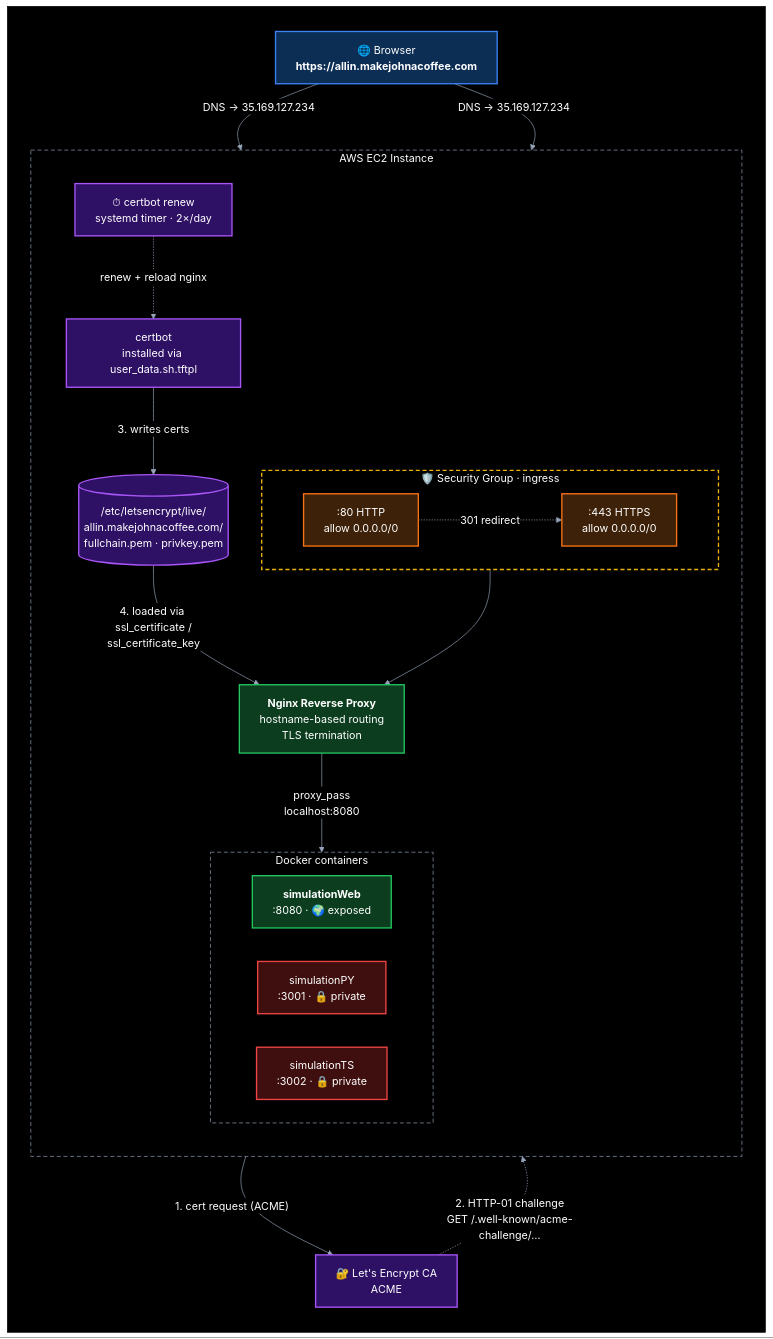
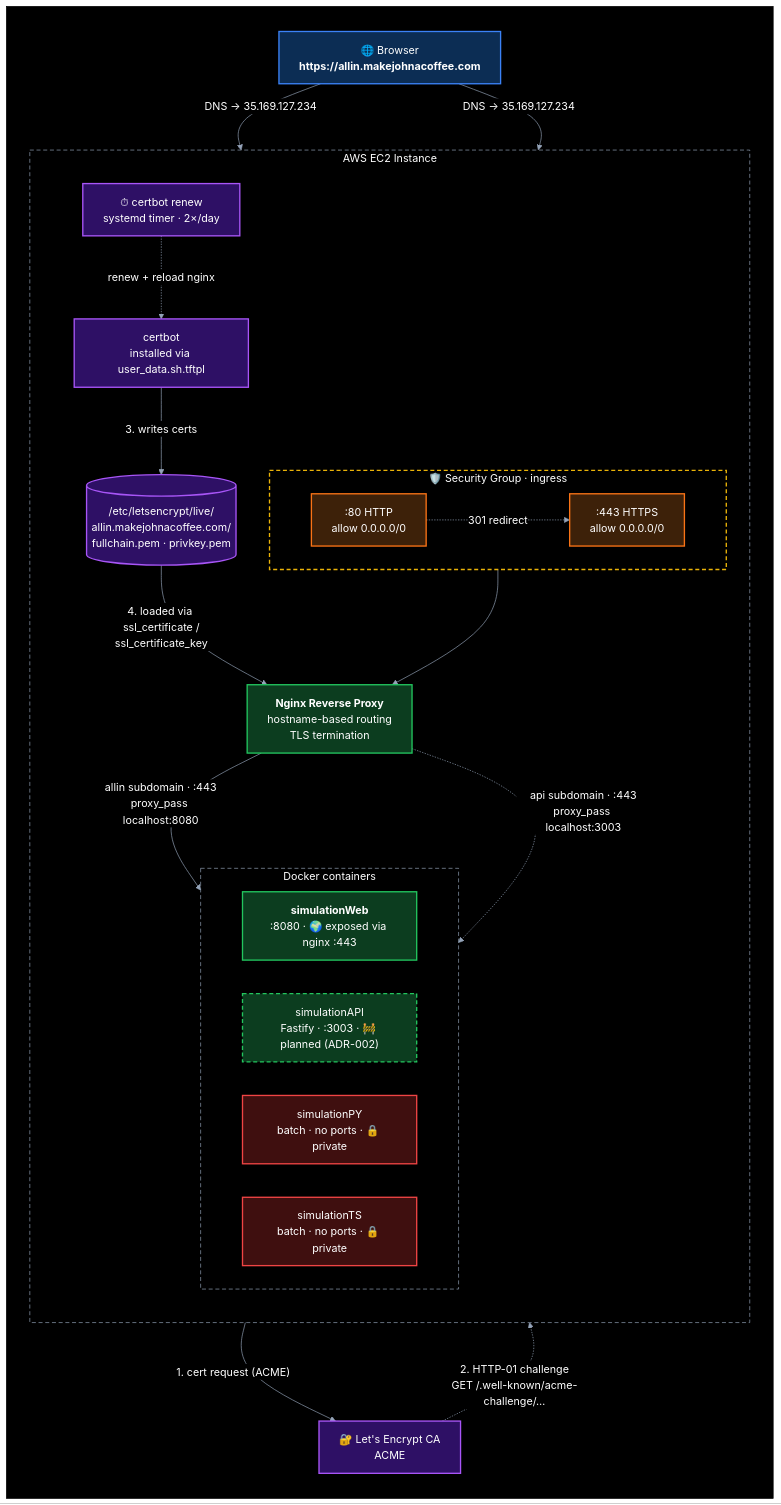
One commit to jbframe/big-equity changed the diagram in README.md. Above: the diagram before and after it, drawn with Mermaid. The commit also changed other lines of this file and 3 other files, not shown here.

````diff
--- a/README.md
+++ b/README.md
@@ -30,62 +32,65 @@
 ```mermaid
 %%{init: {'themeVariables': {'edgeLabelBackground': '#000000'}}}%%
 graph TD
     subgraph BG[" "]
     direction TB
     Client["🌐 Browser<br/><b>https://allin.makejohnacoffee.com</b>"]
     LE["🔐 Let's Encrypt CA<br/>ACME"]
 
     Client -- "DNS → 35.169.127.234" --> Port80
     Client -- "DNS → 35.169.127.234" --> Port443
 
     subgraph EC2["AWS EC2 Instance"]
         direction TB
 
         subgraph SG["🛡️ Security Group · ingress"]
             direction LR
             Port80[":80 HTTP<br/>allow 0.0.0.0/0"]
             Port443[":443 HTTPS<br/>allow 0.0.0.0/0"]
         end
         Port80 -. "301 redirect" .-> Port443
 
         Nginx["<b>Nginx Reverse Proxy</b><br/>hostname-based routing<br/>TLS termination"]
         Port443 --> Nginx
 
         Certbot["certbot<br/>installed via user_data.sh.tftpl"]
         Certs[("/etc/letsencrypt/live/<br/>allin.makejohnacoffee.com/<br/>fullchain.pem · privkey.pem")]
         Timer["⏱ certbot renew<br/>systemd timer · 2×/day"]
 
         subgraph Docker["Docker containers"]
             direction LR
-            Web["<b>simulationWeb</b><br/>:8080 · 🌍 exposed"]
-            PY["simulationPY<br/>:3001 · 🔒 private"]
-            TS["simulationTS<br/>:3002 · 🔒 private"]
+            Web["<b>simulationWeb</b><br/>:8080 · 🌍 exposed via nginx :443"]
+            API["simulationAPI<br/>Fastify · :3003 · 🚧 planned (ADR-002)"]
+            PY["simulationPY<br/>batch · no ports · 🔒 private"]
+            TS["simulationTS<br/>batch · no ports · 🔒 private"]
         end
 
-        Nginx -- "proxy_pass<br/>localhost:8080" --> Web
+        Nginx -- "allin subdomain · :443<br/>proxy_pass localhost:8080" --> Web
+        Nginx -. "api subdomain · :443<br/>proxy_pass localhost:3003" .-> API
     end
 
     Certbot -- "1. cert request (ACME)" --> LE
     LE -. "2. HTTP-01 challenge<br/>GET /.well-known/acme-challenge/…" .-> Port80
     Certbot -- "3. writes certs" --> Certs
     Certs -- "4. loaded via ssl_certificate /<br/>ssl_certificate_key" --> Nginx
     Timer -. "renew + reload nginx" .-> Certbot
     end
 
     style BG fill:#000000,stroke:#000000
     style Client fill:#0c2d54,stroke:#3b82f6,stroke-width:2px,color:#ffffff
     style LE fill:#2e1065,stroke:#a855f7,stroke-width:2px,color:#ffffff
     style Port80 fill:#3d2109,stroke:#f97316,stroke-width:2px,color:#ffffff
     style Port443 fill:#3d2109,stroke:#f97316,stroke-width:2px,color:#ffffff
     style Nginx fill:#0c3d1f,stroke:#22c55e,stroke-width:2px,color:#ffffff
     style Web fill:#0c3d1f,stroke:#22c55e,stroke-width:2px,color:#ffffff
+    style API fill:#0c3d1f,stroke:#22c55e,stroke-width:2px,stroke-dasharray:6 4,color:#ffffff
     style PY fill:#3f0f0f,stroke:#ef4444,stroke-width:2px,color:#ffffff
     style TS fill:#3f0f0f,stroke:#ef4444,stroke-width:2px,color:#ffffff
     style Certbot fill:#2e1065,stroke:#a855f7,stroke-width:2px,color:#ffffff
     style Certs fill:#2e1065,stroke:#a855f7,stroke-width:2px,color:#ffffff
     style Timer fill:#2e1065,stroke:#a855f7,stroke-width:2px,color:#ffffff
     style EC2 fill:transparent,stroke:#94a3b8,stroke-dasharray:6 4,color:#ffffff
     style SG fill:transparent,stroke:#eab308,stroke-dasharray:6 4,stroke-width:2px,color:#ffffff
     style Docker fill:transparent,stroke:#94a3b8,stroke-dasharray:6 4,color:#ffffff
     linkStyle default stroke:#94a3b8,color:#ffffff
 ```
````
